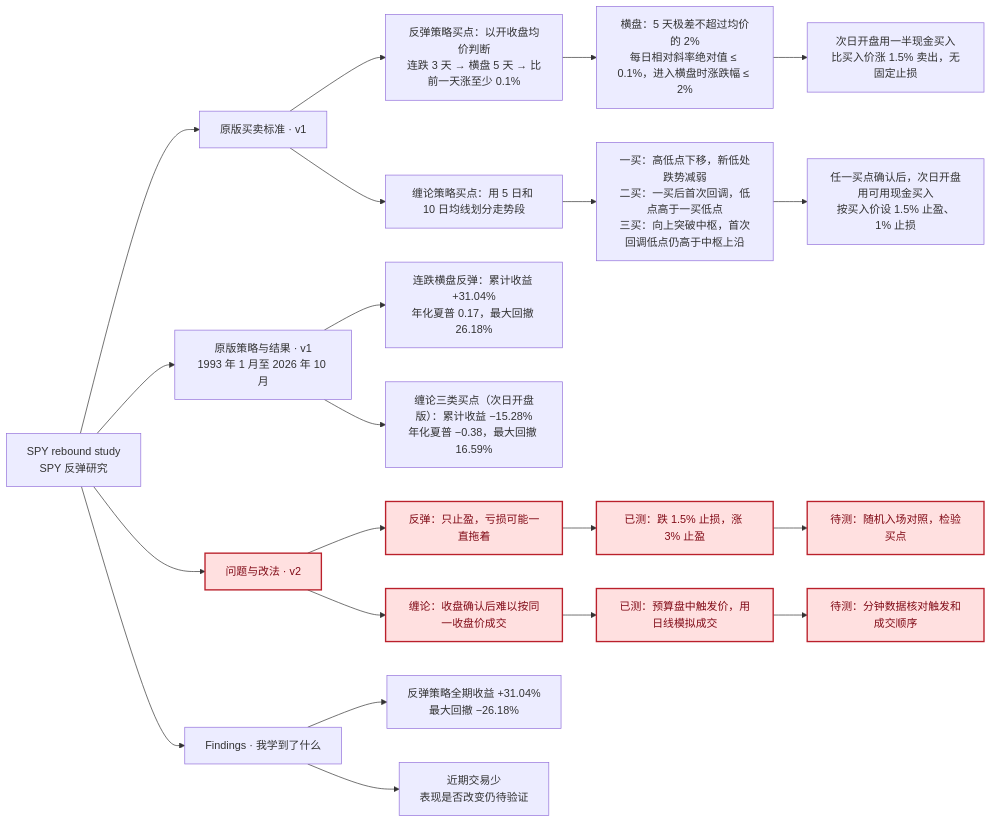
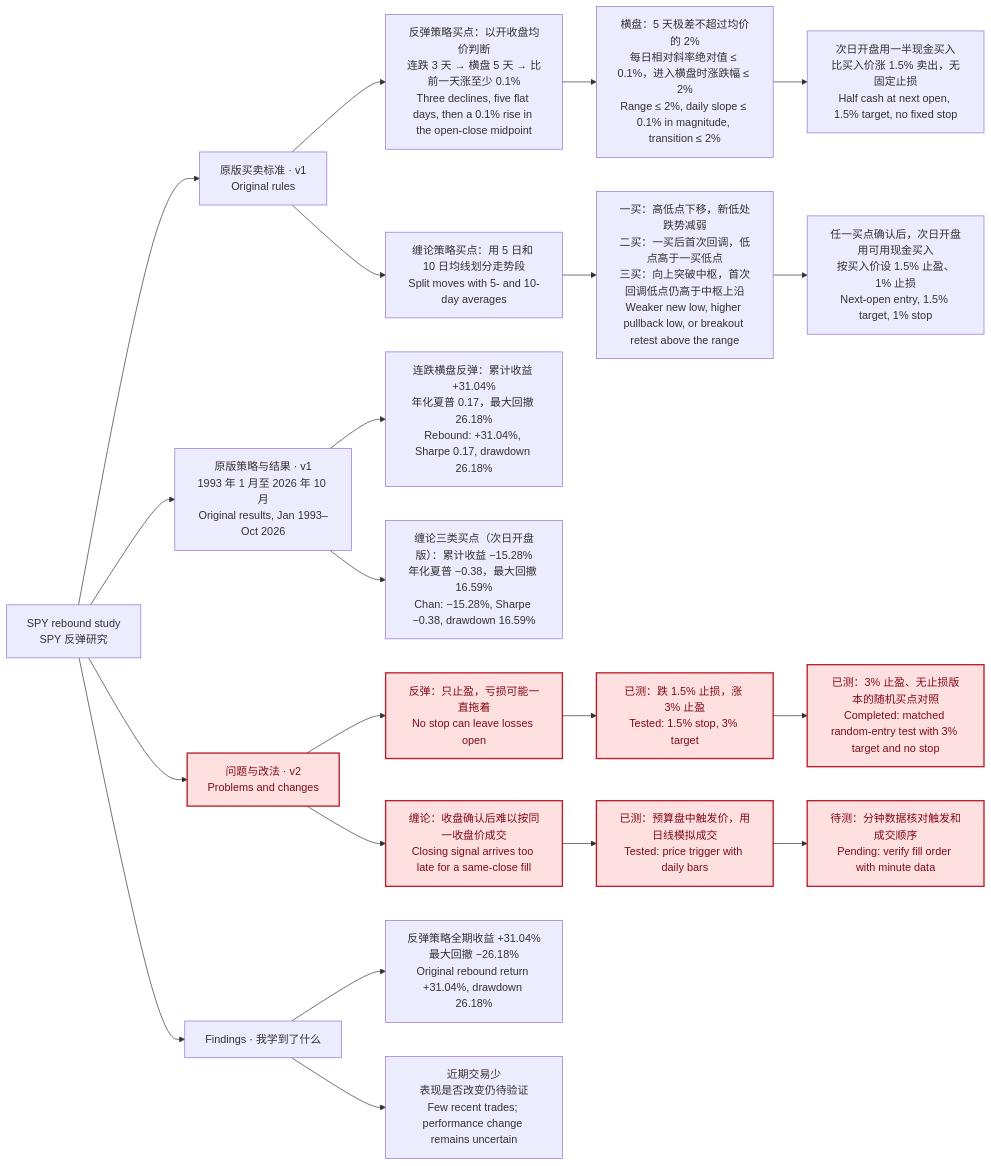
The second of 4 diagrams in README.md (PonyMa777/spy-rebound-strategy), drawn with Mermaid before and after one commit. The commit also changed other lines of this file, not shown here.

Commit message:
Make the project overview bilingual and highlight matched-control lessons

````diff
--- a/README.md
+++ b/README.md
@@ -39,26 +39,26 @@
 ```mermaid
 flowchart LR
     A["SPY rebound study<br/>SPY 反弹研究"]
-    A --> B["原版买卖标准 · v1"]
-    B --> B1["反弹策略买点：以开收盘均价判断<br/>连跌 3 天 → 横盘 5 天 → 比前一天涨至少 0.1%"]
-    B1 --> B2["横盘：5 天极差不超过均价的 2%<br/>每日相对斜率绝对值 ≤ 0.1%，进入横盘时涨跌幅 ≤ 2%"]
-    B2 --> B3["次日开盘用一半现金买入<br/>比买入价涨 1.5% 卖出，无固定止损"]
-    B --> B4["缠论策略买点：用 5 日和 10 日均线划分走势段"]
-    B4 --> B5["一买：高低点下移，新低处跌势减弱<br/>二买：一买后首次回调，低点高于一买低点<br/>三买：向上突破中枢，首次回调低点仍高于中枢上沿"]
-    B5 --> B6["任一买点确认后，次日开盘用可用现金买入<br/>按买入价设 1.5% 止盈、1% 止损"]
-    A --> C["原版策略与结果 · v1<br/>1993 年 1 月至 2026 年 10 月"]
-    C --> C1["连跌横盘反弹：累计收益 +31.04%<br/>年化夏普 0.17，最大回撤 26.18%"]
-    C --> C2["缠论三类买点（次日开盘版）：累计收益 −15.28%<br/>年化夏普 −0.38，最大回撤 16.59%"]
-    A --> D["问题与改法 · v2"]
-    D --> D1["反弹：只止盈，亏损可能一直拖着"]
-    D1 --> E1["已测：跌 1.5% 止损，涨 3% 止盈"]
-    E1 --> N1["待测：随机入场对照，检验买点"]
-    D --> D2["缠论：收盘确认后难以按同一收盘价成交"]
-    D2 --> E2["已测：预算盘中触发价，用日线模拟成交"]
-    E2 --> N2["待测：分钟数据核对触发和成交顺序"]
+    A --> B["原版买卖标准 · v1<br/>Original rules"]
+    B --> B1["反弹策略买点：以开收盘均价判断<br/>连跌 3 天 → 横盘 5 天 → 比前一天涨至少 0.1%<br/>Three declines, five flat days, then a 0.1% rise in the open-close midpoint"]
+    B1 --> B2["横盘：5 天极差不超过均价的 2%<br/>每日相对斜率绝对值 ≤ 0.1%，进入横盘时涨跌幅 ≤ 2%<br/>Range ≤ 2%, daily slope ≤ 0.1% in magnitude, transition ≤ 2%"]
+    B2 --> B3["次日开盘用一半现金买入<br/>比买入价涨 1.5% 卖出，无固定止损<br/>Half cash at next open, 1.5% target, no fixed stop"]
+    B --> B4["缠论策略买点：用 5 日和 10 日均线划分走势段<br/>Split moves with 5- and 10-day averages"]
+    B4 --> B5["一买：高低点下移，新低处跌势减弱<br/>二买：一买后首次回调，低点高于一买低点<br/>三买：向上突破中枢，首次回调低点仍高于中枢上沿<br/>Weaker new low, higher pullback low, or breakout retest above the range"]
+    B5 --> B6["任一买点确认后，次日开盘用可用现金买入<br/>按买入价设 1.5% 止盈、1% 止损<br/>Next-open entry, 1.5% target, 1% stop"]
+    A --> C["原版策略与结果 · v1<br/>1993 年 1 月至 2026 年 10 月<br/>Original results, Jan 1993–Oct 2026"]
+    C --> C1["连跌横盘反弹：累计收益 +31.04%<br/>年化夏普 0.17，最大回撤 26.18%<br/>Rebound: +31.04%, Sharpe 0.17, drawdown 26.18%"]
+    C --> C2["缠论三类买点（次日开盘版）：累计收益 −15.28%<br/>年化夏普 −0.38，最大回撤 16.59%<br/>Chan: −15.28%, Sharpe −0.38, drawdown 16.59%"]
+    A --> D["问题与改法 · v2<br/>Problems and changes"]
+    D --> D1["反弹：只止盈，亏损可能一直拖着<br/>No stop can leave losses open"]
+    D1 --> E1["已测：跌 1.5% 止损，涨 3% 止盈<br/>Tested: 1.5% stop, 3% target"]
+    E1 --> N1["已测：3% 止盈、无止损版本的随机买点对照<br/>Completed: matched random-entry test with 3% target and no stop"]
+    D --> D2["缠论：收盘确认后难以按同一收盘价成交<br/>Closing signal arrives too late for a same-close fill"]
+    D2 --> E2["已测：预算盘中触发价，用日线模拟成交<br/>Tested: price trigger with daily bars"]
+    E2 --> N2["待测：分钟数据核对触发和成交顺序<br/>Pending: verify fill order with minute data"]
     classDef warning fill:#ffe0e0,stroke:#ba202b,color:#810b17,stroke-width:2px;
     class D,D1,D2,E1,E2,N1,N2 warning;
     A --> F["Findings · 我学到了什么"]
-    F --> F1["反弹策略全期收益 +31.04%<br/>最大回撤 −26.18%"]
-    F --> F2["近期交易少<br/>表现是否改变仍待验证"]
+    F --> F1["反弹策略全期收益 +31.04%<br/>最大回撤 −26.18%<br/>Original rebound return +31.04%, drawdown 26.18%"]
+    F --> F2["近期交易少<br/>表现是否改变仍待验证<br/>Few recent trades; performance change remains uncertain"]
 ```
````
